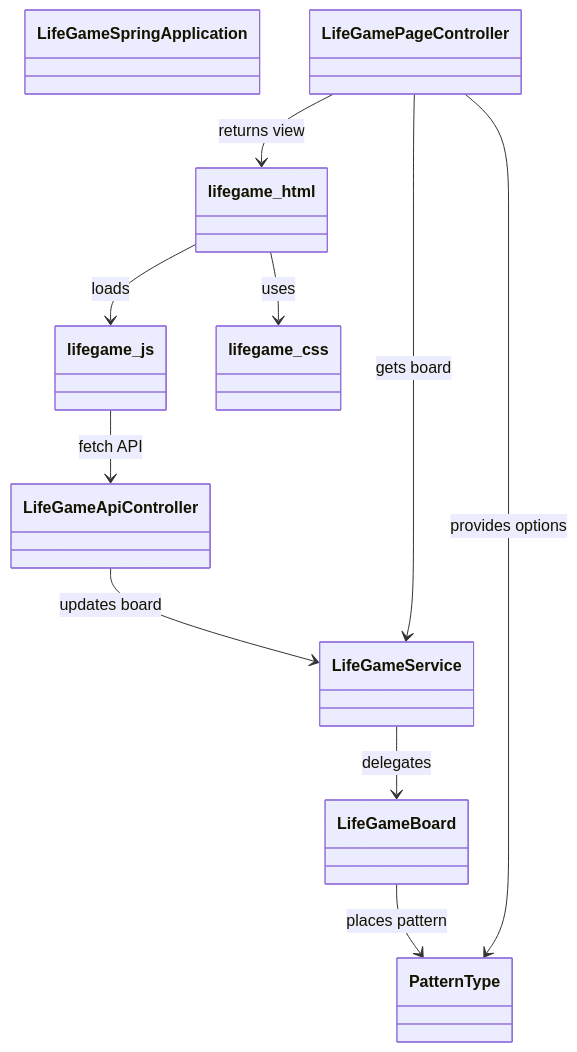
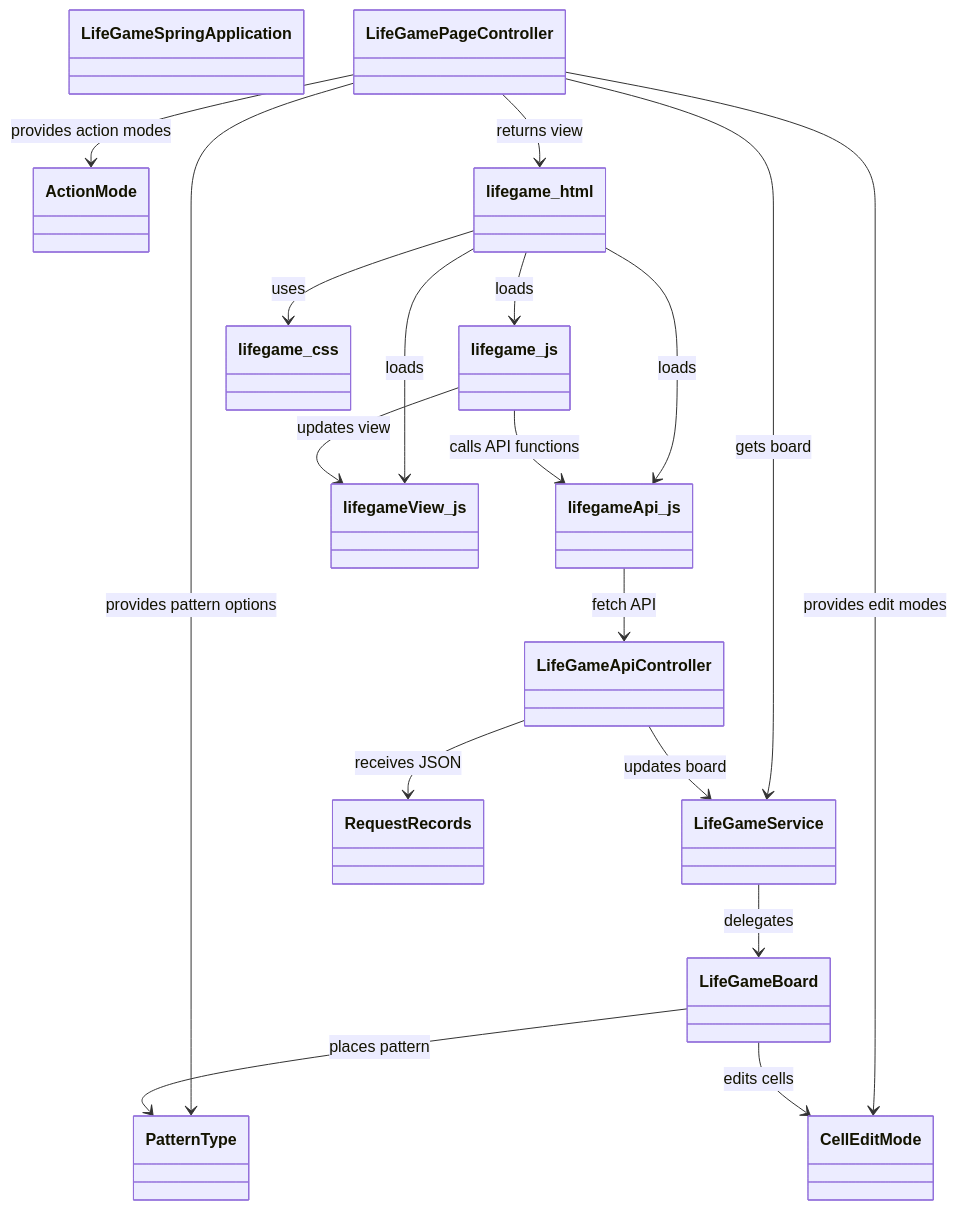
The second of 9 diagrams in README.md (mkunori/LifeGame), drawn with Mermaid before and after one commit. The commit also changed other lines of this file, not shown here.

````diff
--- a/README.md
+++ b/README.md
@@ -190,24 +213,39 @@
 ```mermaid
 classDiagram
     class LifeGameSpringApplication
     class LifeGamePageController
     class LifeGameApiController
     class LifeGameService
     class LifeGameBoard
     class PatternType
+    class CellEditMode
+    class ActionMode
+    class RequestRecords
     class lifegame_html
+    class lifegameApi_js
+    class lifegameView_js
     class lifegame_js
     class lifegame_css
 
     LifeGamePageController --> LifeGameService : gets board
-    LifeGamePageController --> PatternType : provides options
+    LifeGamePageController --> PatternType : provides pattern options
+    LifeGamePageController --> CellEditMode : provides edit modes
+    LifeGamePageController --> ActionMode : provides action modes
     LifeGamePageController --> lifegame_html : returns view
 
     LifeGameApiController --> LifeGameService : updates board
+    LifeGameApiController --> RequestRecords : receives JSON
     LifeGameService --> LifeGameBoard : delegates
+
     LifeGameBoard --> PatternType : places pattern
+    LifeGameBoard --> CellEditMode : edits cells
 
     lifegame_html --> lifegame_css : uses
+    lifegame_html --> lifegameApi_js : loads
+    lifegame_html --> lifegameView_js : loads
     lifegame_html --> lifegame_js : loads
-    lifegame_js --> LifeGameApiController : fetch API
+
+    lifegame_js --> lifegameApi_js : calls API functions
+    lifegame_js --> lifegameView_js : updates view
+    lifegameApi_js --> LifeGameApiController : fetch API
 ```
````
